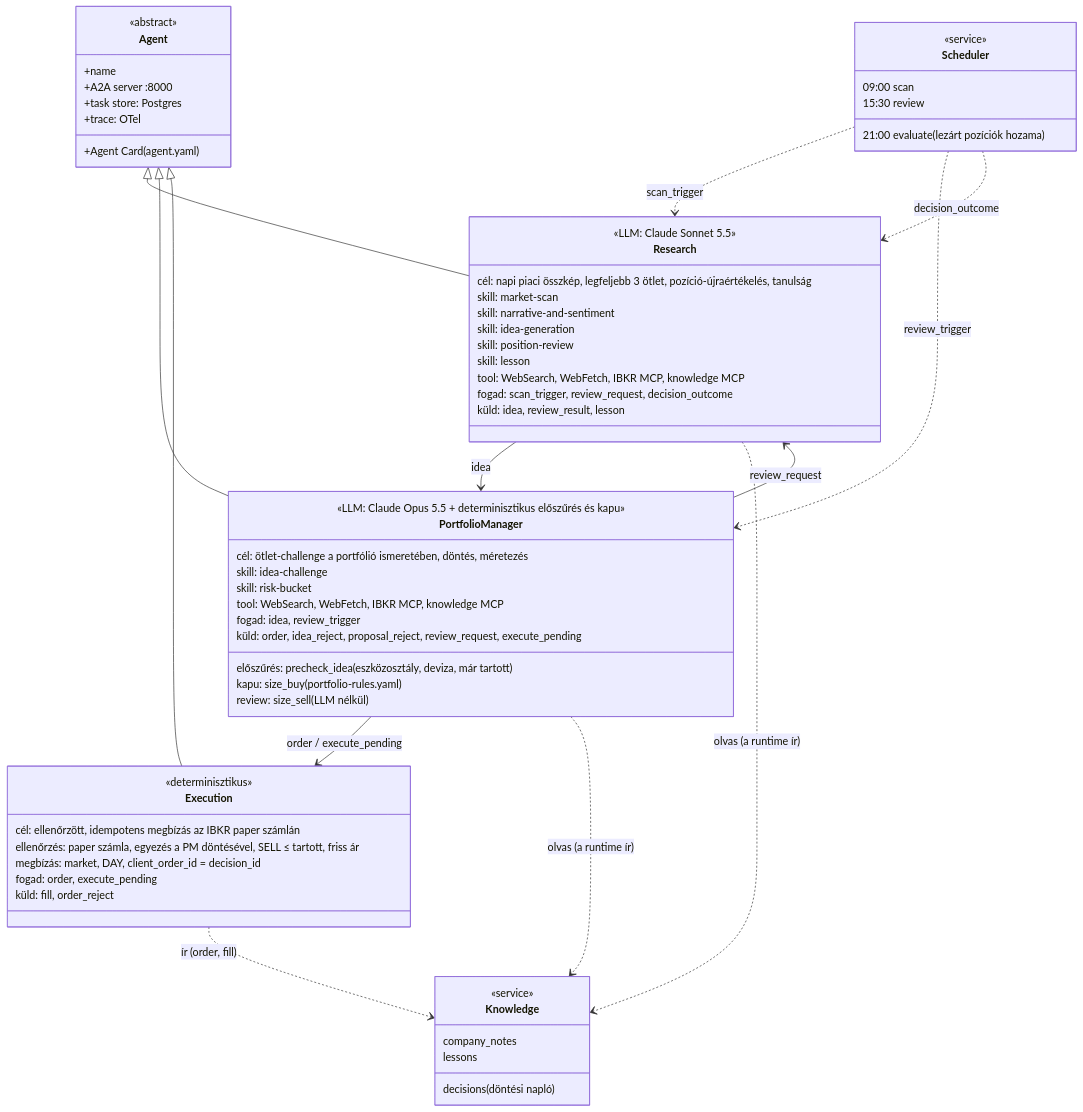
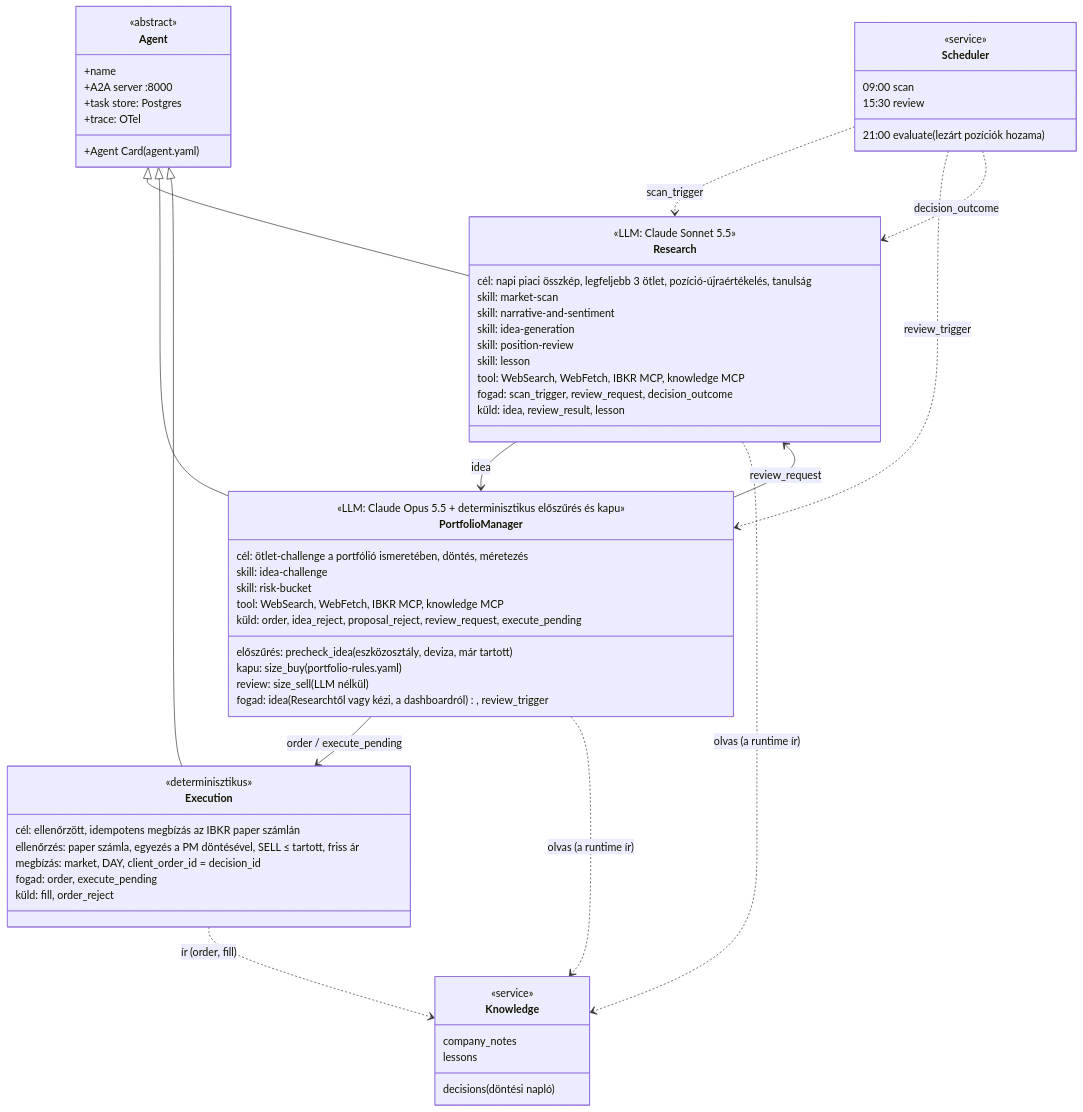
The second of 5 diagrams in README.md (medovarszki/auxin-agentic-investment-organization), drawn with Mermaid before and after one commit. The commit also changed other lines of this file and 9 other files, not shown here.

````diff
--- a/README.md
+++ b/README.md
@@ -93,76 +95,76 @@
 ```mermaid
 classDiagram
     direction TB
 
     class Agent {
         <<abstract>>
         +name
         +A2A server :8000
         +Agent Card (agent.yaml)
         +task store: Postgres
         +trace: OTel
     }
 
     class Research {
         <<LLM: Claude Sonnet 5.5>>
         cél: napi piaci összkép, legfeljebb 3 ötlet, pozíció-újraértékelés, tanulság
         skill: market-scan
         skill: narrative-and-sentiment
         skill: idea-generation
         skill: position-review
         skill: lesson
         tool: WebSearch, WebFetch, IBKR MCP, knowledge MCP
         fogad: scan_trigger, review_request, decision_outcome
         küld: idea, review_result, lesson
     }
 
     class PortfolioManager {
         <<LLM: Claude Opus 5.5 + determinisztikus előszűrés és kapu>>
         cél: ötlet-challenge a portfólió ismeretében, döntés, méretezés
         előszűrés: precheck_idea (eszközosztály, deviza, már tartott)
         skill: idea-challenge
         skill: risk-bucket
         kapu: size_buy (portfolio-rules.yaml)
         review: size_sell (LLM nélkül)
         tool: WebSearch, WebFetch, IBKR MCP, knowledge MCP
-        fogad: idea, review_trigger
+        fogad: idea (Researchtől vagy kézi, a dashboardról), review_trigger
         küld: order, idea_reject, proposal_reject, review_request, execute_pending
     }
 
     class Execution {
         <<determinisztikus>>
         cél: ellenőrzött, idempotens megbízás az IBKR paper számlán
         ellenőrzés: paper számla, egyezés a PM döntésével, SELL ≤ tartott, friss ár
         megbízás: market, DAY, client_order_id = decision_id
         fogad: order, execute_pending
         küld: fill, order_reject
     }
 
     class Scheduler {
         <<service>>
         09:00 scan
         15:30 review
         21:00 evaluate (lezárt pozíciók hozama)
     }
 
     class Knowledge {
         <<service>>
         decisions (döntési napló)
         company_notes
         lessons
     }
 
     Agent <|-- Research
     Agent <|-- PortfolioManager
     Agent <|-- Execution
 
     Scheduler ..> Research : scan_trigger
     Scheduler ..> PortfolioManager : review_trigger
     Scheduler ..> Research : decision_outcome
     Research --> PortfolioManager : idea
     PortfolioManager --> Research : review_request
     PortfolioManager --> Execution : order / execute_pending
     Research ..> Knowledge : olvas (a runtime ír)
     PortfolioManager ..> Knowledge : olvas (a runtime ír)
     Execution ..> Knowledge : ír (order, fill)
 ```
````
